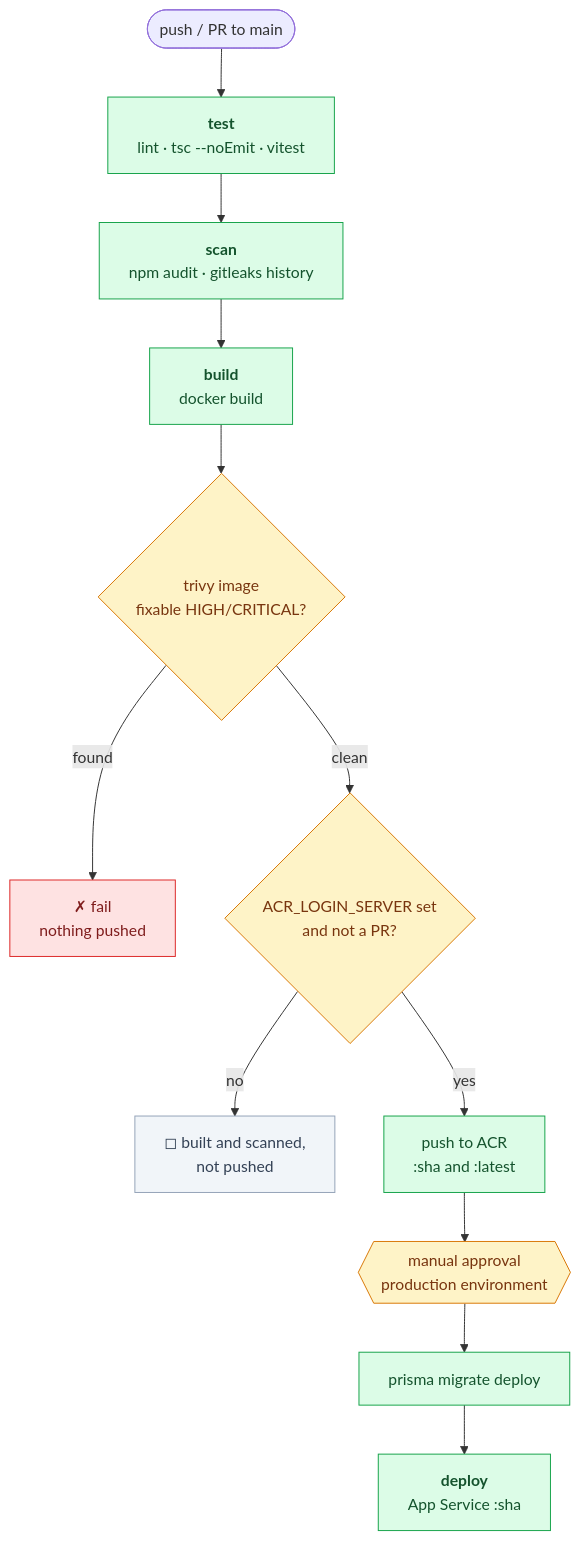
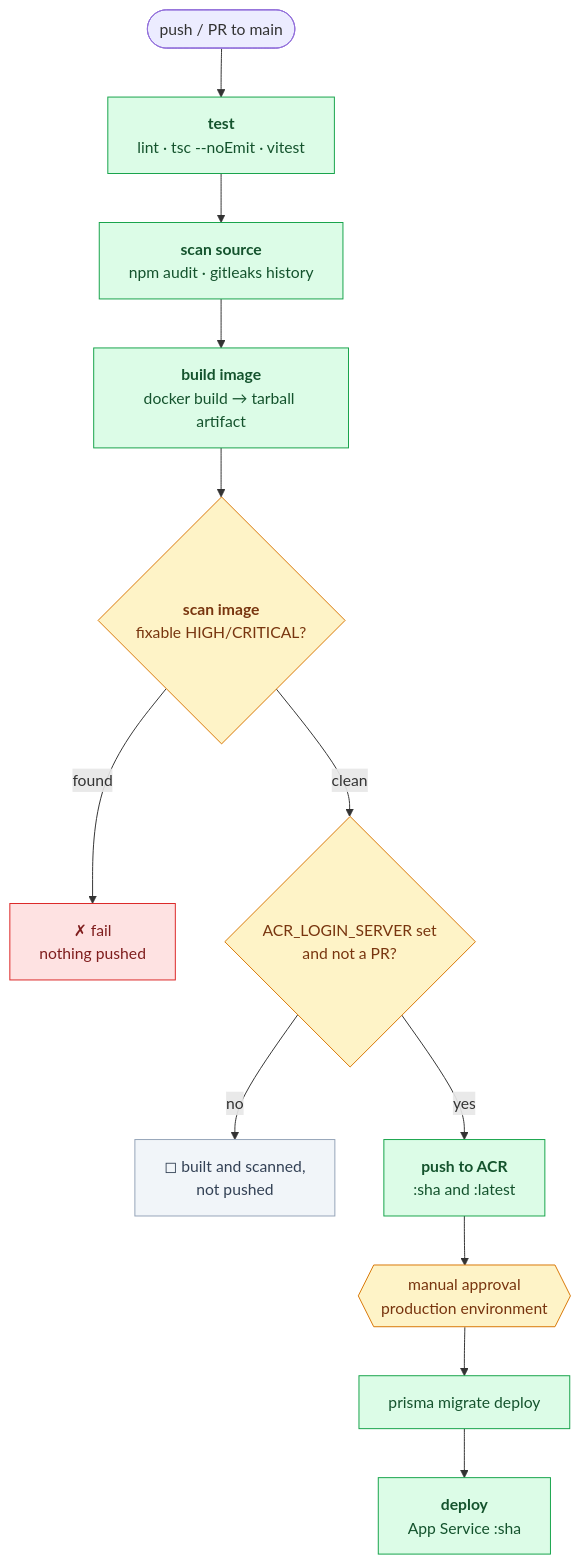
Before and after one commit to Whale-Chat-Org/whalechat: the diagram in docs/ci-cd.md, drawn with Mermaid. The commit also changed other lines of this file and 3 other files, not shown here.

````diff
--- a/docs/ci-cd.md
+++ b/docs/ci-cd.md
@@ -5,29 +5,29 @@
 ```mermaid
 flowchart TD
     trigger([push / PR to main]) --> test
 
     test["<b>test</b><br/>lint · tsc --noEmit · vitest"] --> scan
-    scan["<b>scan</b><br/>npm audit · gitleaks history"] --> build
-    build["<b>build</b><br/>docker build"] --> trivy
+    scan["<b>scan source</b><br/>npm audit · gitleaks history"] --> build
+    build["<b>build image</b><br/>docker build → tarball artifact"] --> trivy
 
-    trivy{"trivy image<br/>fixable HIGH/CRITICAL?"}
+    trivy{"<b>scan image</b><br/>fixable HIGH/CRITICAL?"}
     trivy -- found --> blocked["✗ fail<br/>nothing pushed"]
     trivy -- clean --> gate
 
     gate{"ACR_LOGIN_SERVER set<br/>and not a PR?"}
     gate -- no --> parked["◻ built and scanned,<br/>not pushed"]
-    gate -- yes --> acr["push to ACR<br/>:sha and :latest"]
+    gate -- yes --> acr["<b>push to ACR</b><br/>:sha and :latest"]
 
     acr --> approval{{"manual approval<br/>production environment"}}
     approval --> migrate["prisma migrate deploy"]
     migrate --> deploy["<b>deploy</b><br/>App Service :sha"]
 
     classDef ok fill:#dcfce7,stroke:#16a34a,color:#14532d
     classDef bad fill:#fee2e2,stroke:#dc2626,color:#7f1d1d
     classDef idle fill:#f1f5f9,stroke:#94a3b8,color:#334155
     classDef gateStyle fill:#fef3c7,stroke:#d97706,color:#78350f
     class test,scan,build,acr,migrate,deploy ok
     class blocked bad
     class parked idle
     class trivy,gate,approval gateStyle
 ```
````
